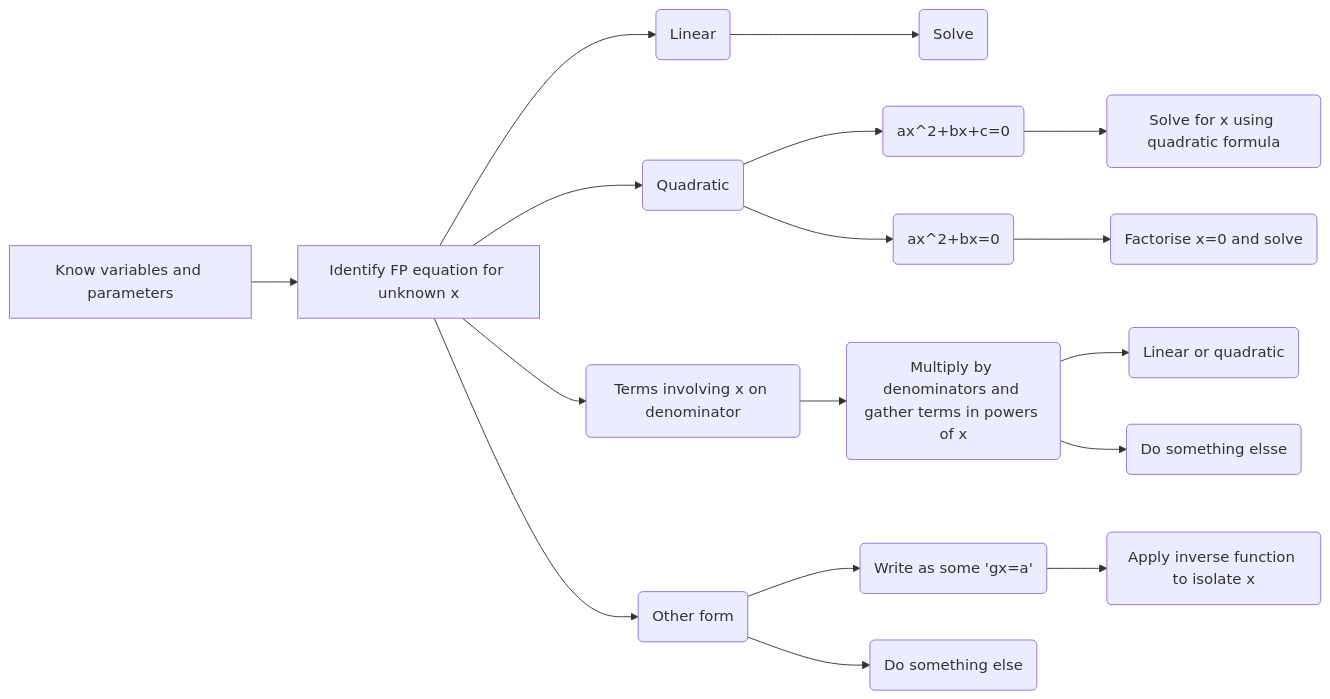
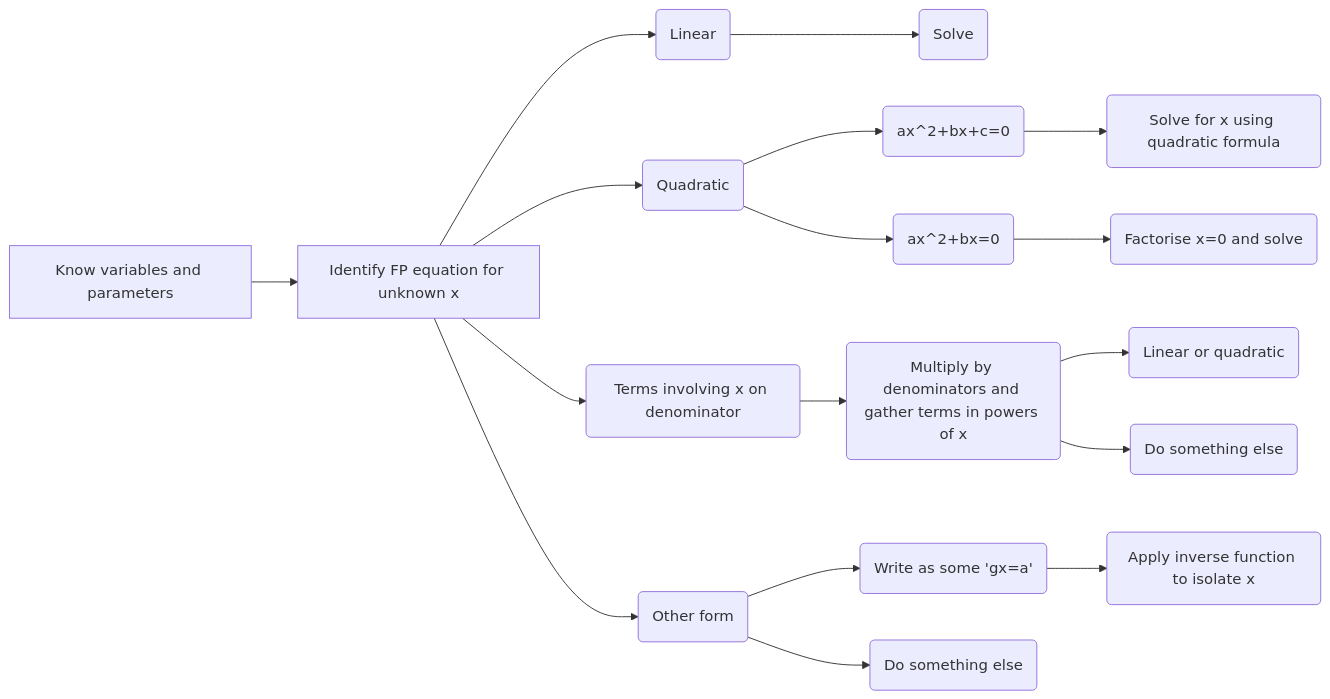
Before and after one commit to dundeemath/MA32009: the first of 2 diagrams in MA32009/QuizReview.qmd, drawn with Mermaid. The commit also changed 6 other files, not shown here.

````diff
--- a/MA32009/QuizReview.qmd
+++ b/MA32009/QuizReview.qmd
@@ -16,19 +16,19 @@
 ```{mermaid}
 flowchart LR
   A[Know variables and parameters]-->B[Identify FP equation for unknown x]  
   B--> C(Linear)
   C --> D(Solve)
   B --> E(Quadratic)
   E --> F(ax^2+bx+c=0)
   F -->G(Solve for x using quadratic formula)
   E --> H(ax^2+bx=0)
   H -->I(Factorise x=0 and solve)
   B -->J(Terms involving x on denominator)
   J -->K(Multiply by denominators and gather terms in powers of x)
   K-->O(Linear or quadratic)
-  K-->Q(Do something elsse)
+  K-->Q(Do something else)
   B-->L(Other form)
   L-->M(Write as some 'gx=a')
   M-->P(Apply inverse function to isolate x)
   L-->N(Do something else)
 ```
````
